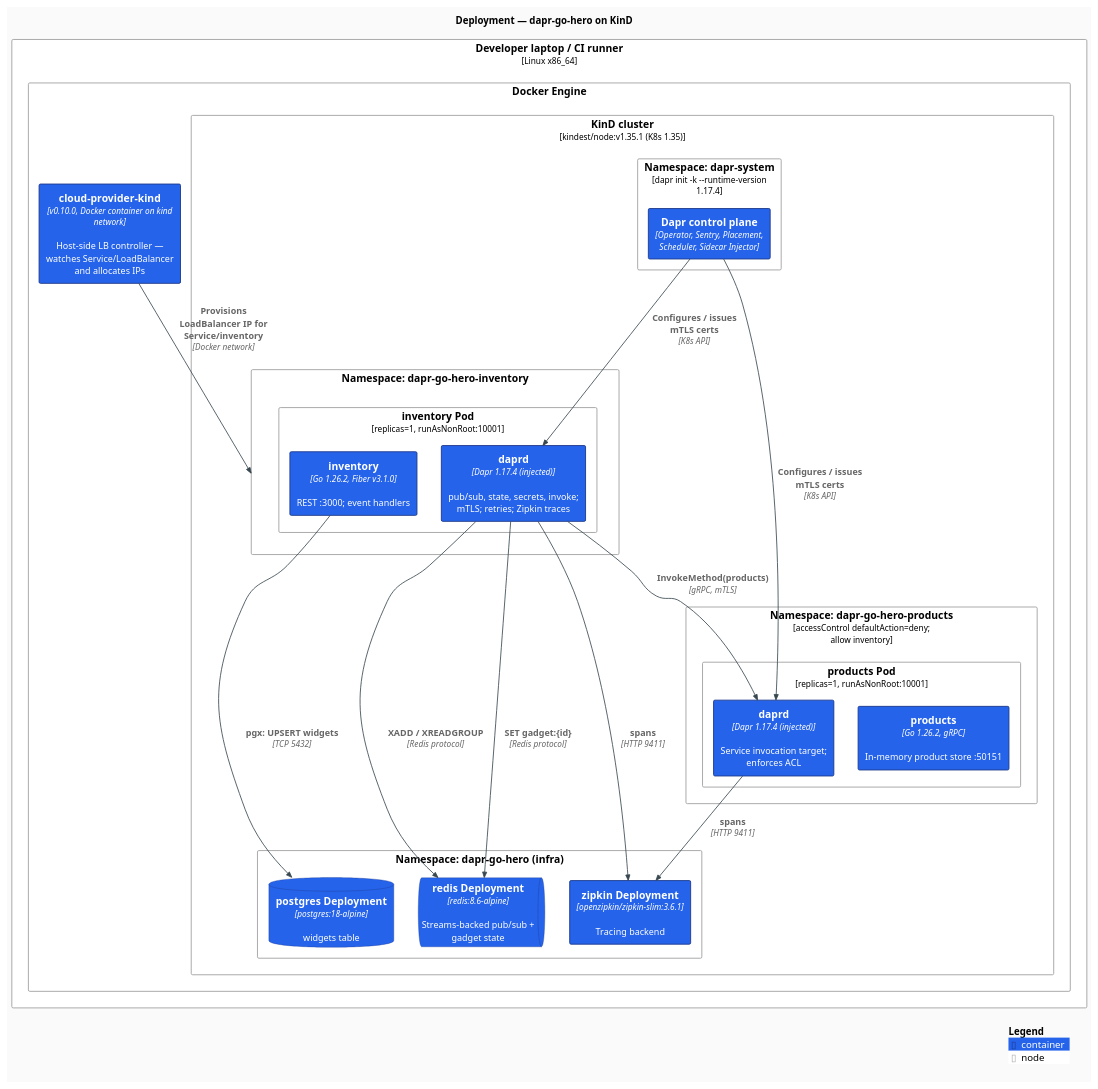
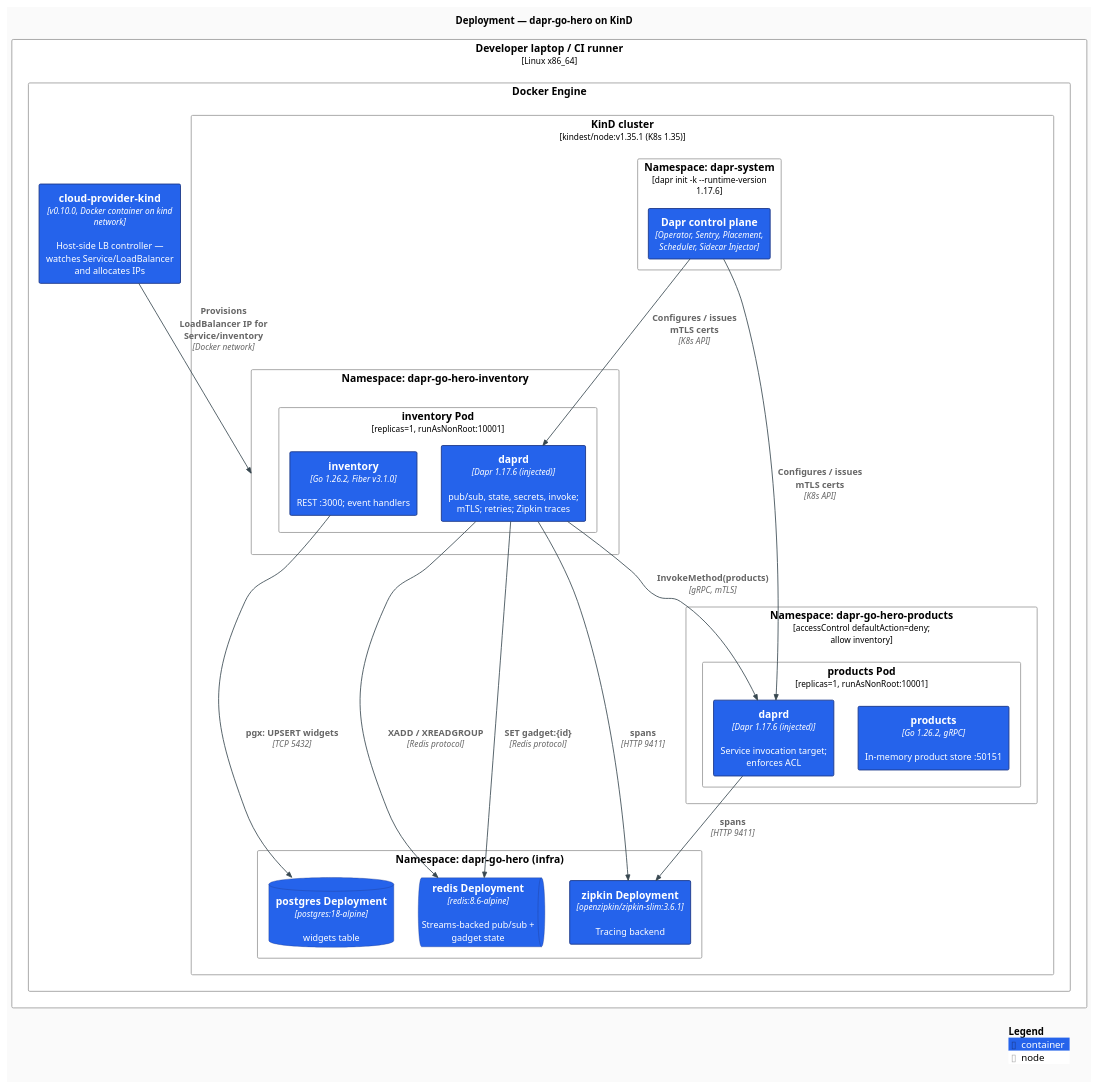
The diagram in docs/diagrams/c4-deployment.puml (AndriyKalashnykov/dapr-go-hero), drawn with PlantUML before and after one commit. The commit also changed 13 other files, not shown here.

```diff
--- a/docs/diagrams/c4-deployment.puml
+++ b/docs/diagrams/c4-deployment.puml
@@ -1,68 +1,68 @@
 @startuml c4-deployment
 !include https://raw.githubusercontent.com/plantuml-stdlib/C4-PlantUML/v2.11.0/C4_Deployment.puml
 
 ' Modern flat styling
 skinparam backgroundColor #FAFAFA
 skinparam shadowing false
 skinparam roundCorner 4
 skinparam defaultFontName "Inter, Helvetica, Arial, sans-serif"
 skinparam defaultFontSize 13
 skinparam ArrowColor #37474F
 skinparam ArrowThickness 1.2
 skinparam rectangleBorderThickness 1.3
 
 UpdateElementStyle("person",          $fontColor="#FFFFFF", $bgColor="#0F766E", $borderColor="#134E4A")
 UpdateElementStyle("container",       $fontColor="#FFFFFF", $bgColor="#2563EB", $borderColor="#1E3A8A")
 UpdateElementStyle("container_db",    $fontColor="#FFFFFF", $bgColor="#7C3AED", $borderColor="#4C1D95")
 UpdateElementStyle("container_queue", $fontColor="#FFFFFF", $bgColor="#DB2777", $borderColor="#831843")
 UpdateElementStyle("deployment_node", $bgColor="#F1F5F9", $borderColor="#94A3B8", $fontColor="#1E293B")
 
 title Deployment — dapr-go-hero on KinD
 
 Deployment_Node(host, "Developer laptop / CI runner", "Linux x86_64") {
 
   Deployment_Node(docker, "Docker Engine") {
 
     Container(lb, "cloud-provider-kind", "v0.10.0, Docker container on kind network", "Host-side LB controller — watches Service/LoadBalancer and allocates IPs")
 
     Deployment_Node(kind, "KinD cluster", "kindest/node:v1.35.1 (K8s 1.35)") {
 
-      Deployment_Node(dapr_sys, "Namespace: dapr-system", "dapr init -k --runtime-version 1.17.4") {
+      Deployment_Node(dapr_sys, "Namespace: dapr-system", "dapr init -k --runtime-version 1.17.6") {
         Container(dapr_cp, "Dapr control plane", "Operator, Sentry, Placement, Scheduler, Sidecar Injector")
       }
 
       Deployment_Node(infra_ns, "Namespace: dapr-go-hero (infra)") {
         ContainerQueue(redis, "redis Deployment", "redis:8.6-alpine", "Streams-backed pub/sub + gadget state")
         ContainerDb(postgres, "postgres Deployment", "postgres:18-alpine", "widgets table")
         Container(zipkin, "zipkin Deployment", "openzipkin/zipkin-slim:3.6.1", "Tracing backend")
       }
 
       Deployment_Node(inv_ns, "Namespace: dapr-go-hero-inventory") {
         Deployment_Node(inv_pod, "inventory Pod", "replicas=1, runAsNonRoot:10001") {
           Container(inv_app, "inventory", "Go 1.26.2, Fiber v3.1.0", "REST :3000; event handlers")
-          Container(inv_sidecar, "daprd", "Dapr 1.17.4 (injected)", "pub/sub, state, secrets, invoke; mTLS; retries; Zipkin traces")
+          Container(inv_sidecar, "daprd", "Dapr 1.17.6 (injected)", "pub/sub, state, secrets, invoke; mTLS; retries; Zipkin traces")
         }
       }
 
       Deployment_Node(prod_ns, "Namespace: dapr-go-hero-products", "accessControl defaultAction=deny; allow inventory") {
         Deployment_Node(prod_pod, "products Pod", "replicas=1, runAsNonRoot:10001") {
           Container(prod_app, "products", "Go 1.26.2, gRPC", "In-memory product store :50151")
-          Container(prod_sidecar, "daprd", "Dapr 1.17.4 (injected)", "Service invocation target; enforces ACL")
+          Container(prod_sidecar, "daprd", "Dapr 1.17.6 (injected)", "Service invocation target; enforces ACL")
         }
       }
     }
   }
 }
 
 Rel(lb, inv_ns, "Provisions LoadBalancer IP for Service/inventory", "Docker network")
 Rel(inv_sidecar, redis, "XADD / XREADGROUP", "Redis protocol")
 Rel(inv_sidecar, redis, "SET gadget:{id}", "Redis protocol")
 Rel(inv_app, postgres, "pgx: UPSERT widgets", "TCP 5432")
 Rel(inv_sidecar, prod_sidecar, "InvokeMethod(products)", "gRPC, mTLS")
 Rel(inv_sidecar, zipkin, "spans", "HTTP 9411")
 Rel(prod_sidecar, zipkin, "spans", "HTTP 9411")
 Rel(dapr_cp, inv_sidecar, "Configures / issues mTLS certs", "K8s API")
 Rel(dapr_cp, prod_sidecar, "Configures / issues mTLS certs", "K8s API")
 
 SHOW_LEGEND()
 @enduml
```
